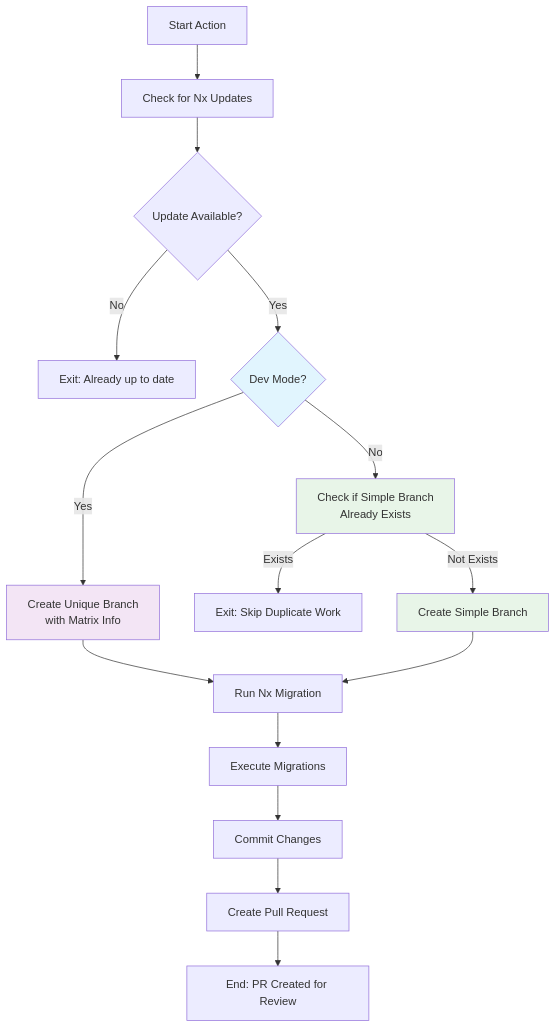
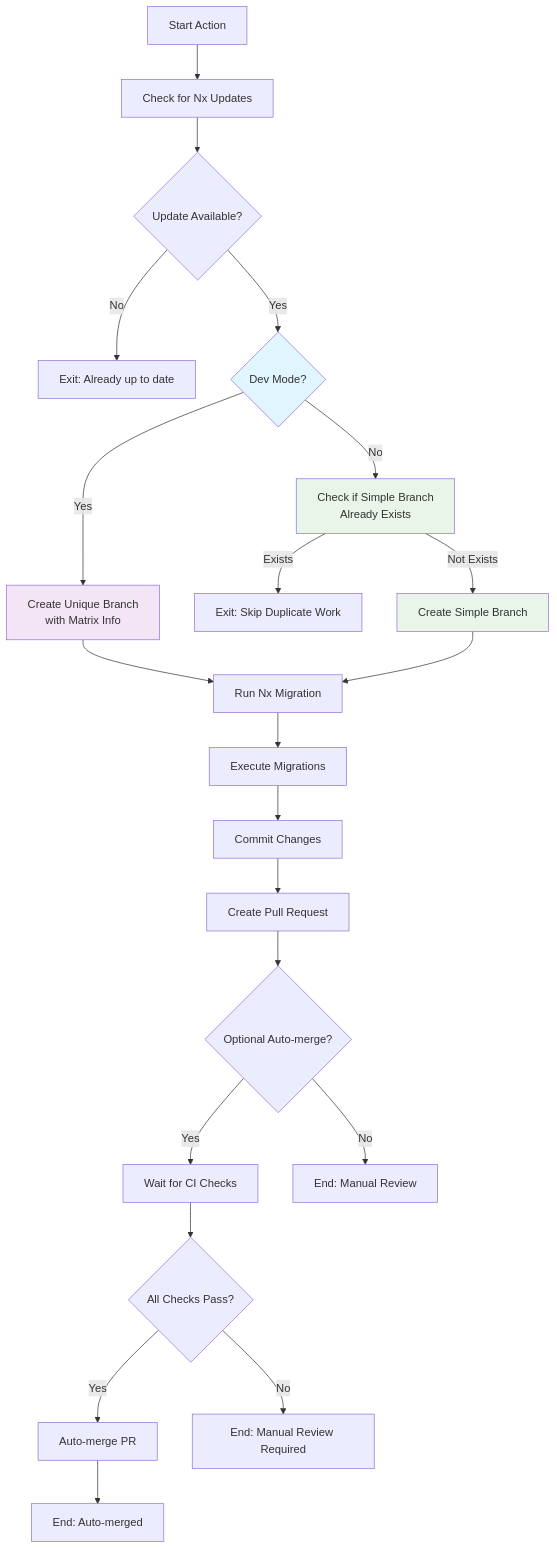
Before and after one commit to gridatek/nx-migrate-action: the diagram in README.md, drawn with Mermaid. The commit also changed other lines of this file and 2 other files, not shown here.

````diff
--- a/README.md
+++ b/README.md
@@ -312,25 +357,31 @@
 ```mermaid
 flowchart TD
     A[Start Action] --> B[Check for Nx Updates]
     B --> C{Update Available?}
     C -->|No| D[Exit: Already up to date]
     C -->|Yes| E{Dev Mode?}
 
     E -->|Yes| F[Create Unique Branch<br/>with Matrix Info]
     E -->|No| G[Check if Simple Branch<br/>Already Exists]
 
     G -->|Exists| H[Exit: Skip Duplicate Work]
     G -->|Not Exists| I[Create Simple Branch]
 
     F --> J[Run Nx Migration]
     I --> J
     J --> K[Execute Migrations]
     K --> L[Commit Changes]
     L --> P[Create Pull Request]
-    P --> R[End: PR Created for Review]
+    P --> Q{Optional Auto-merge?}
+    Q -->|Yes| R[Wait for CI Checks]
+    Q -->|No| S[End: Manual Review]
+    R --> T{All Checks Pass?}
+    T -->|Yes| U[Auto-merge PR]
+    T -->|No| V[End: Manual Review Required]
+    U --> W[End: Auto-merged]
 
     style E fill:#e1f5fe
     style F fill:#f3e5f5
     style G fill:#e8f5e8
     style I fill:#e8f5e8
 ```
````
